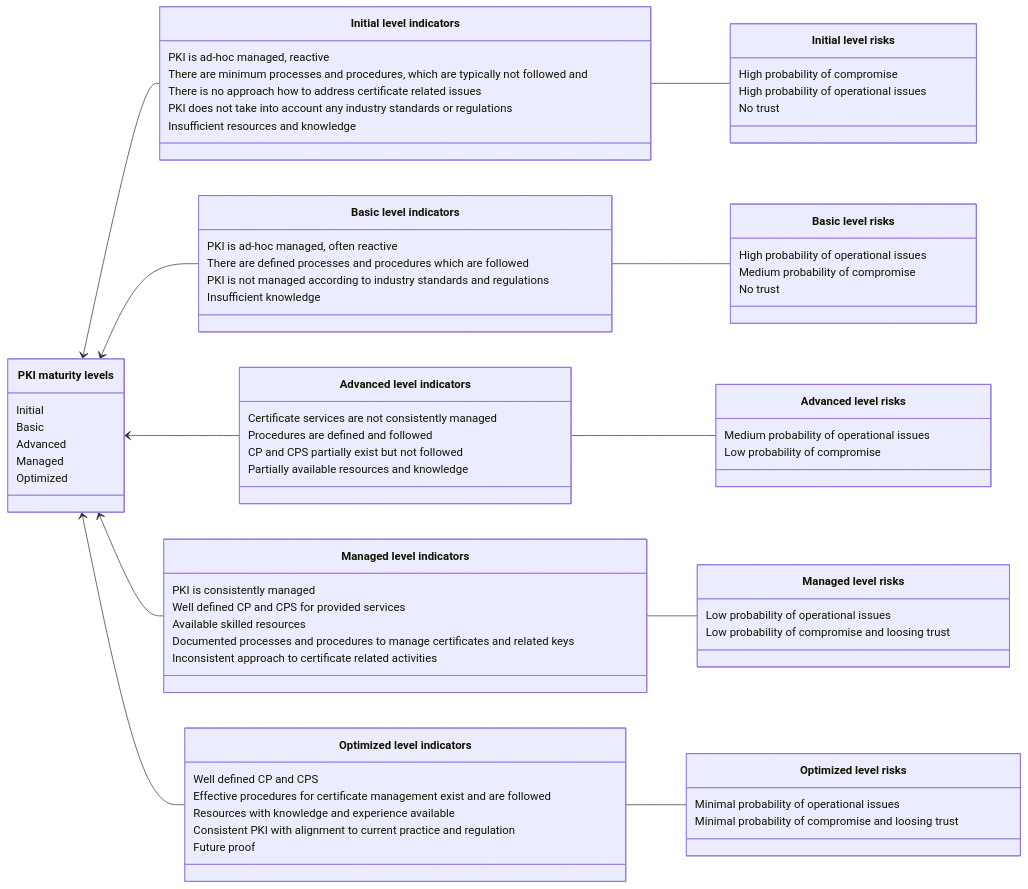
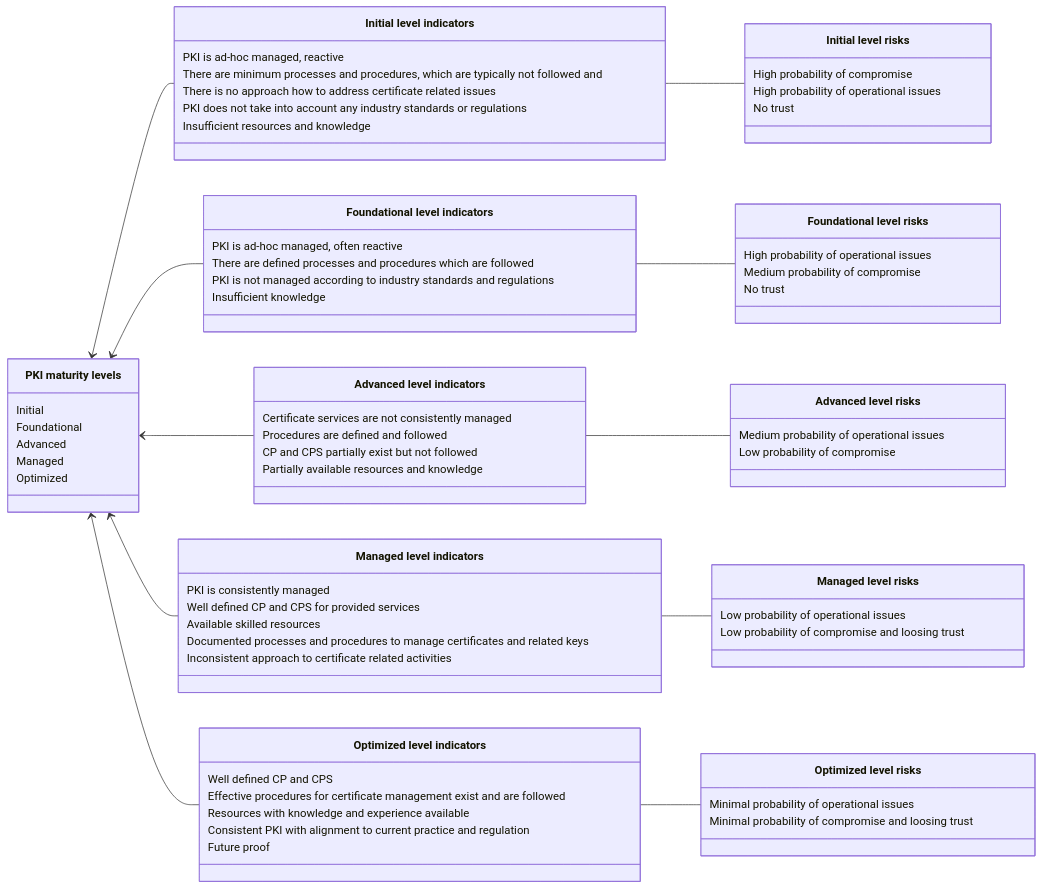
One commit to pkic/pkimm changed the diagram in model/maturity-levels/_index.md. Above: the diagram before and after it, drawn with Mermaid. The commit also changed other lines of this file and 74 other files, not shown here.

````diff
--- a/model/maturity-levels/_index.md
+++ b/model/maturity-levels/_index.md
@@ -101,78 +101,78 @@
 ```mermaid
 classDiagram
     direction LR
 
     class PKIMM["PKI maturity levels"]{
         Initial
-        Basic
+        Foundational
         Advanced
         Managed
         Optimized
     }
     class Initial_Indicators["Initial level indicators"]{
         PKI is ad-hoc managed, reactive
         There are minimum processes and procedures, which are typically not followed and 
         There is no approach how to address certificate related issues
         PKI does not take into account any industry standards or regulations
         Insufficient resources and knowledge
     }
     class Initial_Risks["Initial level risks"]{
         High probability of compromise
         High probability of operational issues
         No trust
     }
-    class Basic_Indicators["Basic level indicators"]{
+    class Foundational_Indicators["Foundational level indicators"]{
         PKI is ad-hoc managed, often reactive
         There are defined processes and procedures which are followed
         PKI is not managed according to industry standards and regulations
         Insufficient knowledge
     }
-    class Basic_Risks["Basic level risks"]{
+    class Foundational_Risks["Foundational level risks"]{
         High probability of operational issues
         Medium probability of compromise
         No trust
     }
     class Advanced_Indicators["Advanced level indicators"]{
         Certificate services are not consistently managed
         Procedures are defined and followed
         CP and CPS partially exist but not followed
         Partially available resources and knowledge
     }
     class Advanced_Risks["Advanced level risks"]{
         Medium probability of operational issues
         Low probability of compromise
     }
     class Managed_Indicators["Managed level indicators"]{
         PKI is consistently managed
         Well defined CP and CPS for provided services
         Available skilled resources
         Documented processes and procedures to manage certificates and related keys
         Inconsistent approach to certificate related activities
     }
     class Managed_Risks["Managed level risks"]{
         Low probability of operational issues
         Low probability of compromise and loosing trust
     }
     class Optimized_Indicators["Optimized level indicators"]{
         Well defined CP and CPS
         Effective procedures for certificate management exist and are followed
         Resources with knowledge and experience available
         Consistent PKI with alignment to current practice and regulation
         Future proof
     }
     class Optimized_Risks["Optimized level risks"]{
         Minimal probability of operational issues
         Minimal probability of compromise and loosing trust
     }
     
     PKIMM <-- Initial_Indicators
     Initial_Indicators -- Initial_Risks
-    PKIMM <-- Basic_Indicators
-    Basic_Indicators -- Basic_Risks
+    PKIMM <-- Foundational_Indicators
+    Foundational_Indicators -- Foundational_Risks
     PKIMM <-- Advanced_Indicators
     Advanced_Indicators -- Advanced_Risks
     PKIMM <-- Managed_Indicators
     Managed_Indicators -- Managed_Risks
     PKIMM <-- Optimized_Indicators
     Optimized_Indicators -- Optimized_Risks
 ```
````
